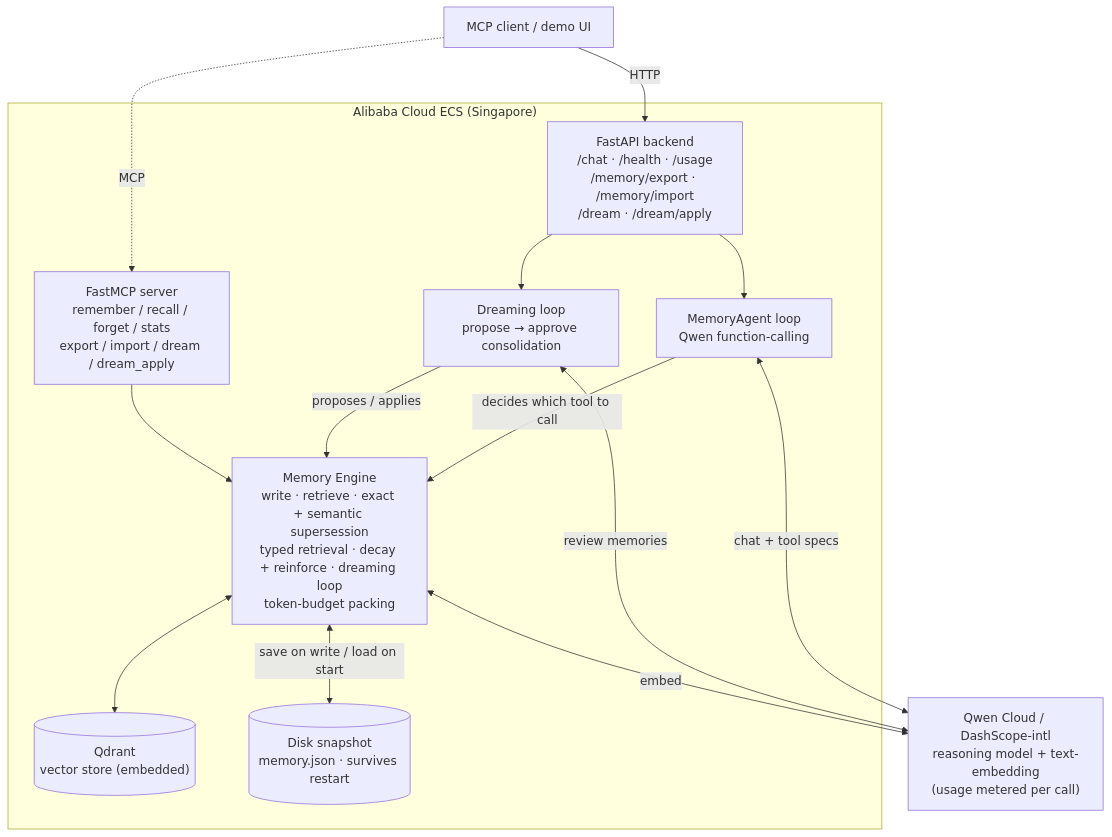
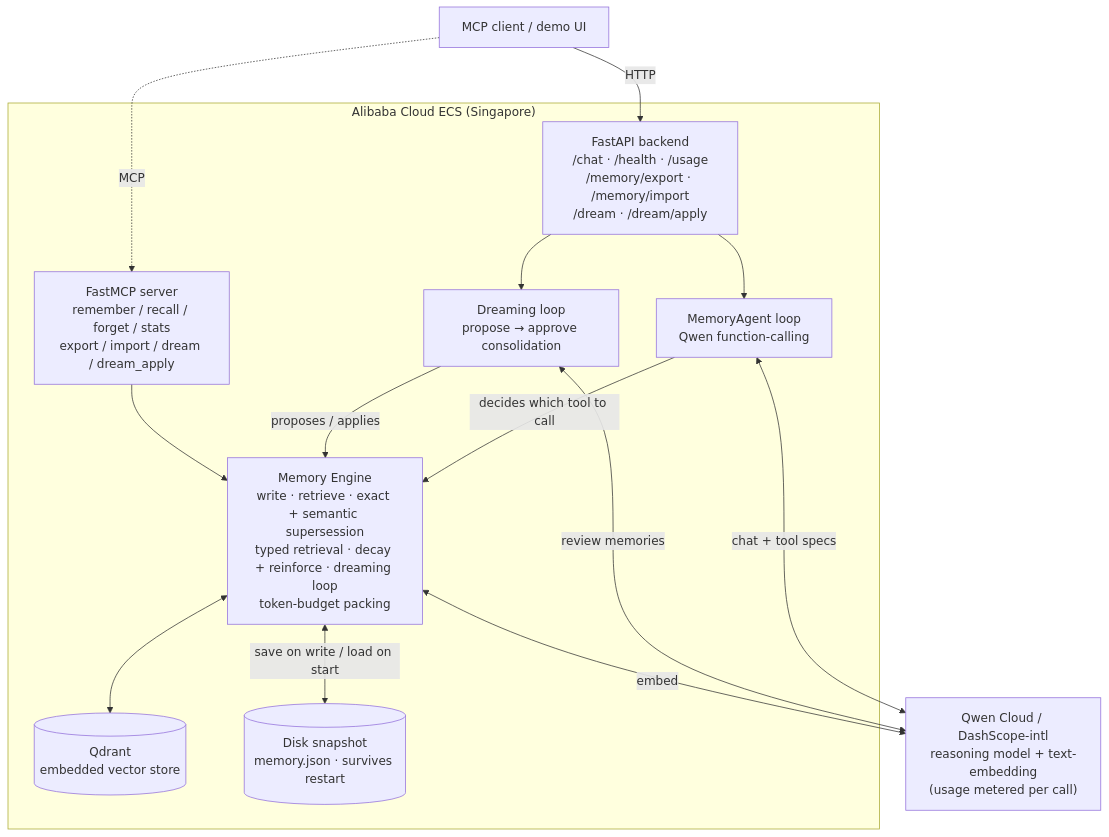
Before and after one commit to rduffyuk/qwen-memory-agent: the diagram in README.md, drawn with Mermaid.

Commit message:
fix(readme): Mermaid diagram — drop parens inside Qdrant cylinder node
`QD[("...vector store (embedded)")]` put parentheses inside the [(...)] database
shape delimiters, which GitHub's Mermaid parser can't disambiguate from the shape's
closing `)]` — the whole diagram failed to render ("unable to render rich display").
Reword to "embedded vector store" (no inner parens).

Relates to: VW-1090

````diff
--- a/README.md
+++ b/README.md
@@ -25,29 +25,29 @@
 ```mermaid
 flowchart TB
     U["MCP client / demo UI"]
 
     subgraph ecs["Alibaba Cloud ECS (Singapore)"]
         API["FastAPI backend<br/>/chat · /health · /usage<br/>/memory/export · /memory/import<br/>/dream · /dream/apply"]
         AGENT["MemoryAgent loop<br/>Qwen function-calling"]
         DREAM["Dreaming loop<br/>propose → approve consolidation"]
         MCP["FastMCP server<br/>remember / recall / forget / stats<br/>export / import / dream / dream_apply"]
         ENG["Memory Engine<br/>write · retrieve · exact + semantic supersession<br/>typed retrieval · decay + reinforce · dreaming loop<br/>token-budget packing"]
-        QD[("Qdrant<br/>vector store (embedded)")]
+        QD[("Qdrant<br/>embedded vector store")]
         SNAP[("Disk snapshot<br/>memory.json · survives restart")]
     end
 
     DS["Qwen Cloud / DashScope-intl<br/>reasoning model + text-embedding<br/>(usage metered per call)"]
 
     U -->|HTTP| API
     U -.->|MCP| MCP
     API --> AGENT
     API --> DREAM
     AGENT -->|"decides which tool to call"| ENG
     DREAM -->|"proposes / applies"| ENG
     MCP --> ENG
     AGENT <-->|"chat + tool specs"| DS
     DREAM <-->|"review memories"| DS
     ENG <-->|"embed"| DS
     ENG <--> QD
     ENG <-->|"save on write / load on start"| SNAP
 ```
````
